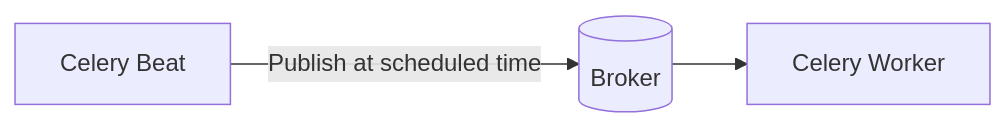
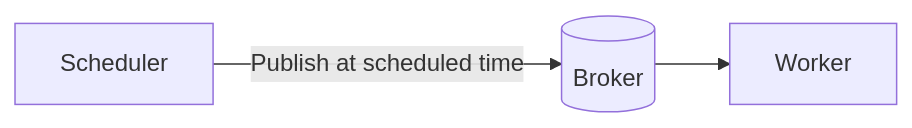
One commit to AvadhBhalodiya/Interview-Preparation changed the fifth of 8 diagrams in src/content/task-processing/celery-vs-taskiq.md. Above: the diagram before and after it, drawn with Mermaid. The commit also changed other lines of this file and 80 other files, not shown here.

````diff
--- a/src/content/task-processing/celery-vs-taskiq.md
+++ b/src/content/task-processing/celery-vs-taskiq.md
@@ -592,5 +374,5 @@
 ```mermaid
 flowchart LR
-    A[Celery Beat] -->|Publish at scheduled time| B[(Broker)]
-    B --> C[Celery Worker]
+    S[Scheduler] -->|Publish at scheduled time| B[(Broker)]
+    B --> W[Worker]
 ```
````
